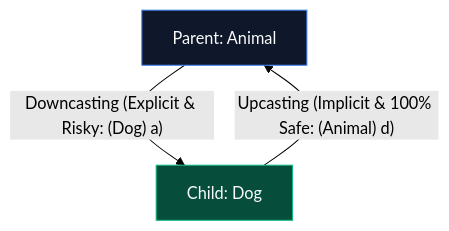
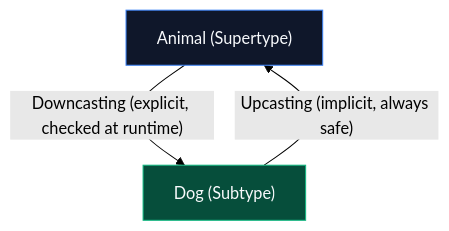
One commit to ravishankar2463/java_hub changed the third of 3 diagrams in content/roadmap/level-1/polymorphism.md. Above: the diagram before and after it, drawn with Mermaid (forest theme). The commit also changed other lines of this file and 119 other files, not shown here.

Commit message:
feat: add comprehensive java learning roadmap content across multiple levels

````diff
--- a/content/roadmap/level-1/polymorphism.md
+++ b/content/roadmap/level-1/polymorphism.md
@@ -123,11 +168,11 @@
 ```mermaid
 flowchart TD
-    Animal["Parent: Animal"]
-    Dog["Child: Dog"]
+    Animal["Animal (Supertype)"]
+    Dog["Dog (Subtype)"]
 
-    Animal -->|"Downcasting (Explicit & Risky: (Dog) a)"| Dog
-    Dog -->|"Upcasting (Implicit & 100% Safe: (Animal) d)"| Animal
+    Dog -->|"Upcasting (implicit, always safe)"| Animal
+    Animal -->|"Downcasting (explicit, checked at runtime)"| Dog
 
     style Animal fill:#0f172a,stroke:#3b82f6,color:#f8fafc
     style Dog fill:#064e3b,stroke:#10b981,color:#f8fafc
 ```
````
